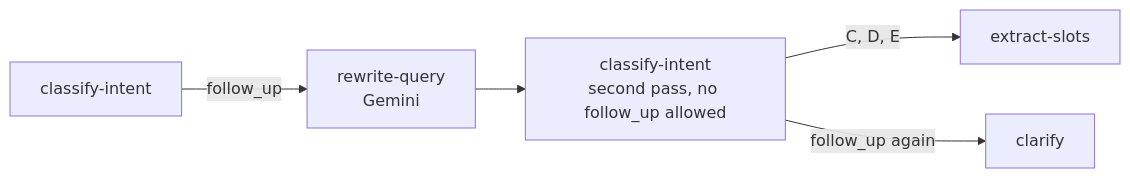
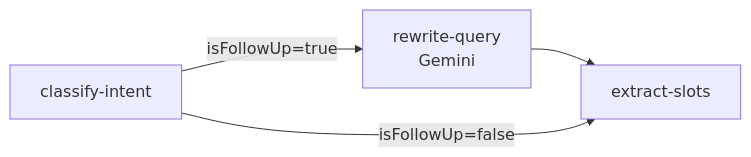
One commit to junielo/savvist-junielo changed the third of 3 diagrams in docs/CHAT_ASSISTANT.md. Above: the diagram before and after it, drawn with Mermaid. The commit also changed other lines of this file and 14 other files, not shown here.

First line of the commit message:
feat(chat): add observability and entry records to agent graph

````diff
--- a/docs/CHAT_ASSISTANT.md
+++ b/docs/CHAT_ASSISTANT.md
@@ -252,7 +287,6 @@
 ```mermaid
 flowchart LR
-    Classify["classify-intent"] -->|"follow_up"| Rewrite["rewrite-query<br/>Gemini"]
-    Rewrite --> Classify2["classify-intent<br/>second pass, no follow_up allowed"]
-    Classify2 -->|"C, D, E"| Slots["extract-slots"]
-    Classify2 -->|"follow_up again"| Clarify["clarify"]
+    Classify["classify-intent"] -->|"isFollowUp=true"| Rewrite["rewrite-query<br/>Gemini"]
+    Rewrite --> Slots["extract-slots"]
+    Classify -->|"isFollowUp=false"| Slots
 ```
````
